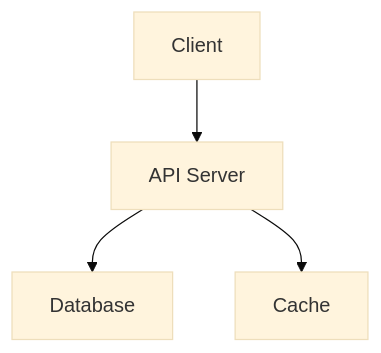
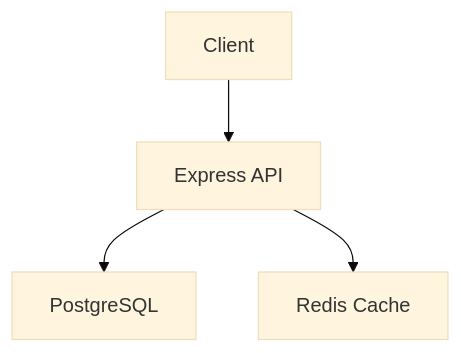
Before and after one commit to vbonk/repo-template-example: the diagram in AGENTS.md, drawn with Mermaid (base theme). The commit also changed other lines of this file and 20 other files, not shown here.

````diff
--- a/AGENTS.md
+++ b/AGENTS.md
@@ -27,6 +15,6 @@
 ```mermaid
 graph TD
-    A[Client] --> B[API Server]
-    B --> C[Database]
-    B --> D[Cache]
+    A[Client] --> B[Express API]
+    B --> C[PostgreSQL]
+    B --> D[Redis Cache]
 ```
````
